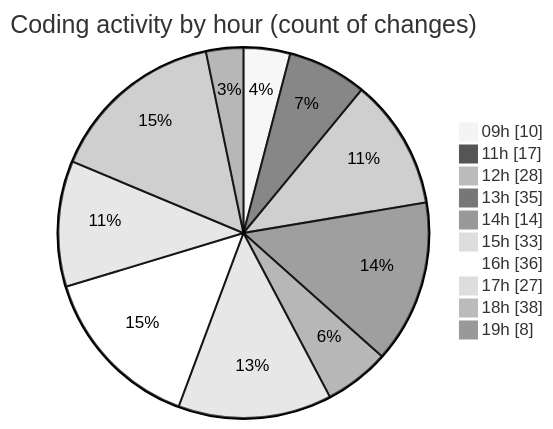
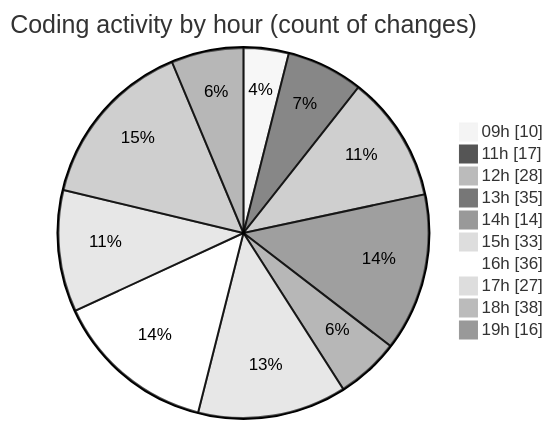
One commit to momahboobian/code-tracking changed the second of 2 diagrams in 2026-05-07/cda/README.md. Above: the diagram before and after it, drawn with Mermaid (neutral theme). The commit also changed other lines of this file and 1 other file, not shown here.

````diff
--- a/2026-05-07/cda/README.md
+++ b/2026-05-07/cda/README.md
@@ -58,14 +58,14 @@
 ```mermaid
 pie showData
 title Coding activity by hour (count of changes)
 "09h" : 10
 "11h" : 17
 "12h" : 28
 "13h" : 35
 "14h" : 14
 "15h" : 33
 "16h" : 36
 "17h" : 27
 "18h" : 38
-"19h" : 8
+"19h" : 16
 ```
````
